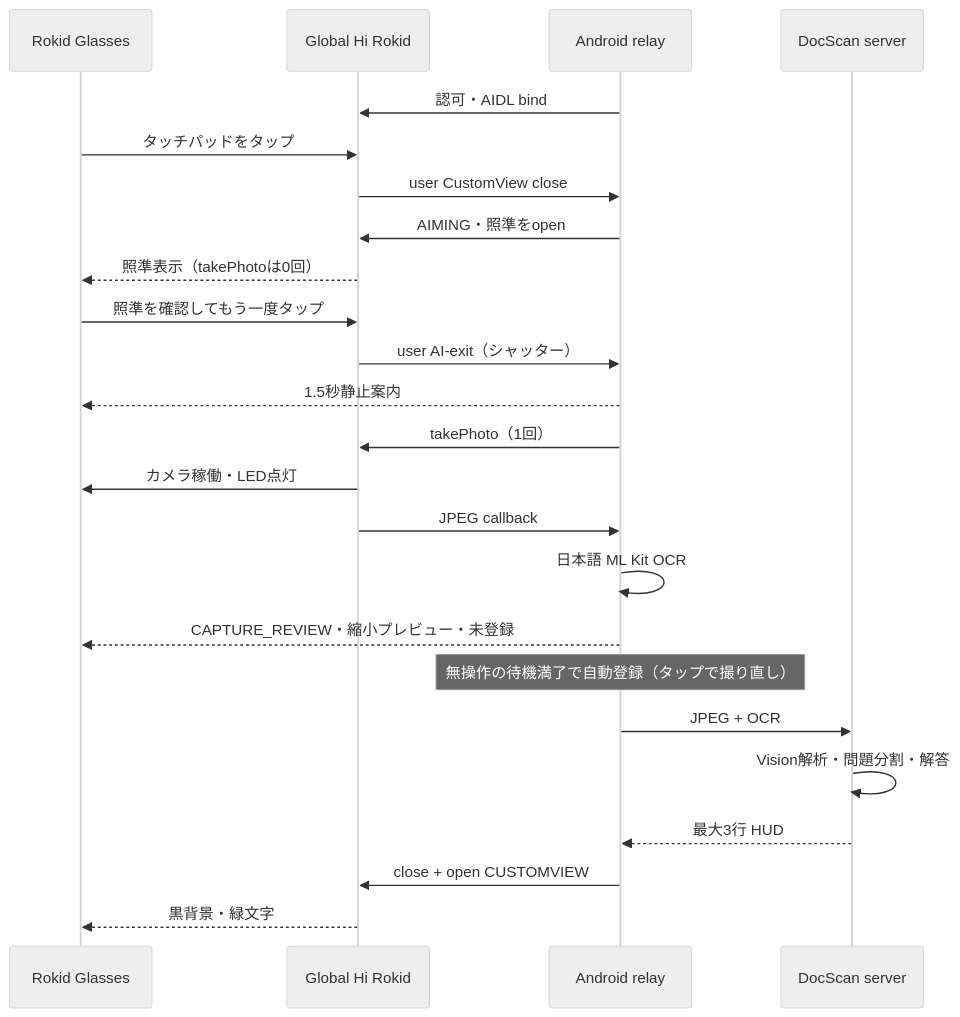
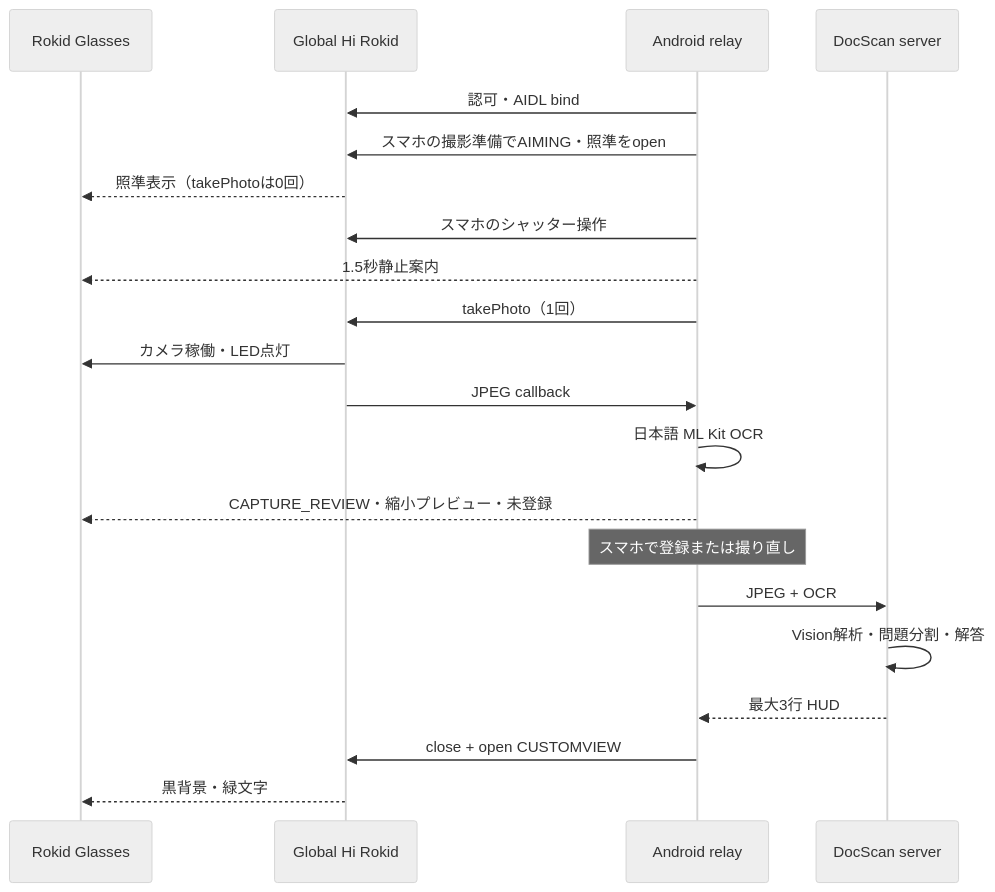
One commit to TroroOrosi/rokid-docscan-starter changed the diagram in docs/cxr-l-integration.md. Above: the diagram before and after it, drawn with Mermaid (neutral theme). The commit also changed other lines of this file and 29 other files, not shown here.

````diff
--- a/docs/cxr-l-integration.md
+++ b/docs/cxr-l-integration.md
@@ -43,27 +43,24 @@
 ```mermaid
 sequenceDiagram
     participant G as Rokid Glasses
     participant H as Global Hi Rokid
     participant R as Android relay
     participant S as DocScan server
 
     R->>H: 認可・AIDL bind
-    G->>H: タッチパッドをタップ
-    H->>R: user CustomView close
-    R->>H: AIMING・照準をopen
+    R->>H: スマホの撮影準備でAIMING・照準をopen
     H-->>G: 照準表示（takePhotoは0回）
-    G->>H: 照準を確認してもう一度タップ
-    H->>R: user AI-exit（シャッター）
+    R->>H: スマホのシャッター操作
     R-->>G: 1.5秒静止案内
     R->>H: takePhoto（1回）
     H->>G: カメラ稼働・LED点灯
     H->>R: JPEG callback
     R->>R: 日本語 ML Kit OCR
     R-->>G: CAPTURE_REVIEW・縮小プレビュー・未登録
-    Note over R: 無操作の待機満了で自動登録（タップで撮り直し）
+    Note over R: スマホで登録または撮り直し
     R->>S: JPEG + OCR
     S->>S: Vision解析・問題分割・解答
     S-->>R: 最大3行 HUD
     R->>H: close + open CUSTOMVIEW
     H-->>G: 黒背景・緑文字
 ```
````
